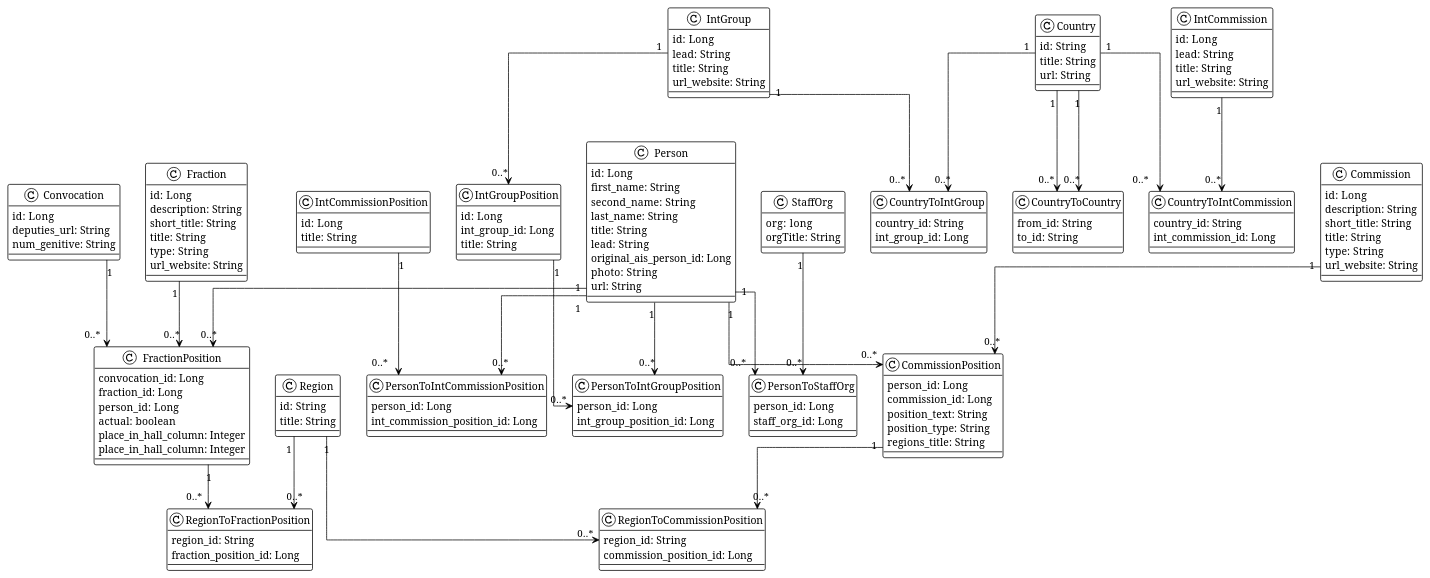
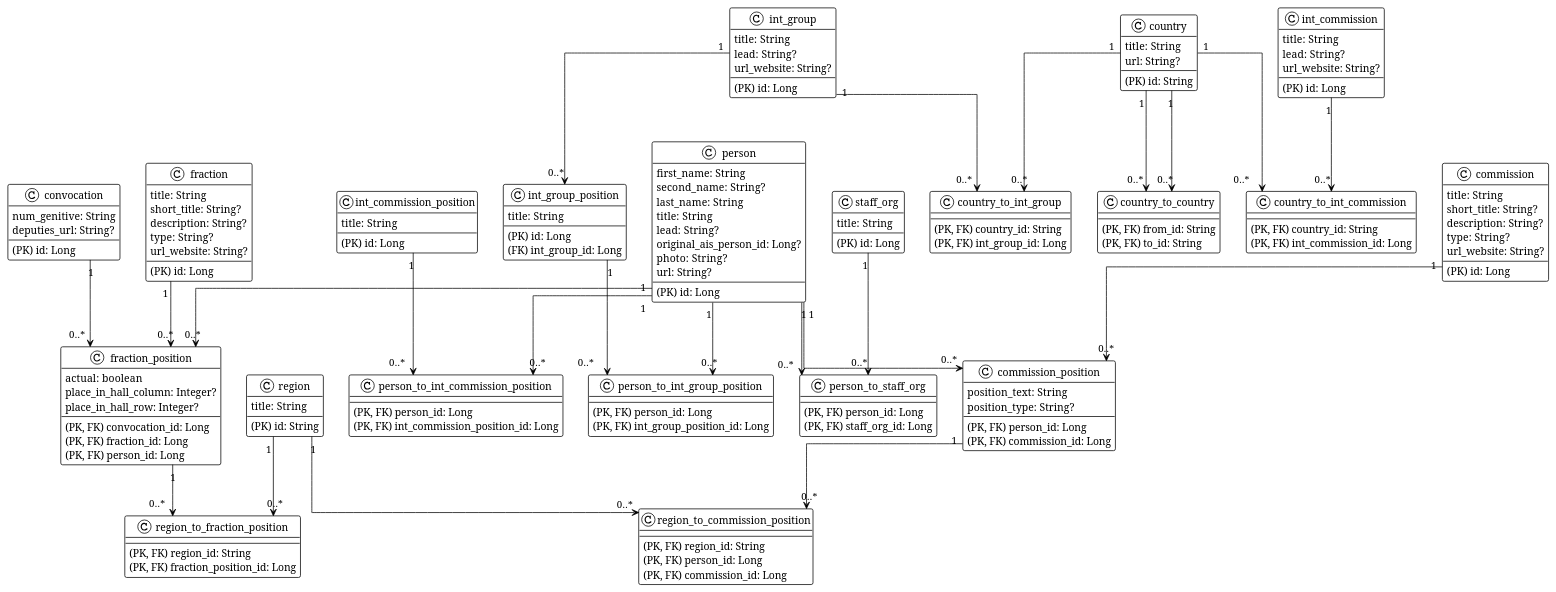
One commit to artemkaxboy/playground changed the diagram in gov/src/main/kotlin/com/artemkaxboy/playground/gov/dumagovru/entity/database.puml. Above: the diagram before and after it, drawn with PlantUML. The commit also changed 24 other files, not shown here.

```diff
--- a/gov/src/main/kotlin/com/artemkaxboy/playground/gov/dumagovru/entity/database.puml
+++ b/gov/src/main/kotlin/com/artemkaxboy/playground/gov/dumagovru/entity/database.puml
@@ -1,172 +1,175 @@
 @startuml
 !theme plain
 top to bottom direction
 skinparam linetype ortho
 
-class Person {
-   id:  Long
+class person {
+   (PK) id:  Long
    first_name:  String
-   second_name:  String
+   second_name:  String?
    last_name:  String
    title:  String
-   lead:  String
-   original_ais_person_id:  Long
-   photo:  String
-   url:  String
+   lead:  String?
+   original_ais_person_id:  Long?
+   photo:  String?
+   url:  String?
 }
 
-class Commission {
-   id:  Long
-   description:  String
-   short_title:  String
+class commission {
+   (PK) id:  Long
    title:  String
-   type:  String
-   url_website:  String
+   short_title:  String?
+   description:  String?
+   type:  String?
+   url_website:  String?
 }
 
-class CommissionPosition {
-   person_id:  Long
-   commission_id:  Long
+class commission_position {
+   (PK, FK) person_id:  Long
+   (PK, FK) commission_id:  Long
    position_text:  String
-   position_type:  String
-   regions_title:  String
+   position_type:  String?
 }
 
 'main .(delete cascade). secondary
-Person                "1" -[#000000,plain]-> "0..*"  CommissionPosition
-Commission            "1" -[#000000,plain]-> "0..*"  CommissionPosition
+person                "1" -[#000000,plain]-> "0..*"  commission_position
+commission            "1" -[#000000,plain]-> "0..*"  commission_position
 
-class Region {
-   id:  String
+class region {
+   (PK) id:  String
    title:  String
 }
 
-class RegionToCommissionPosition {
-    region_id:  String
-    commission_position_id:  Long
+class region_to_commission_position {
+   (PK, FK) region_id:  String
+   (PK, FK) person_id:  Long
+   (PK, FK) commission_id:  Long
 }
 
-'main .(delete cascade). secondary
-Region               "1" -[#000000,plain]-> "0..*"  RegionToCommissionPosition
-CommissionPosition   "1" -[#000000,plain]-> "0..*"  RegionToCommissionPosition
+region               "1" -[#000000,plain]-> "0..*"  region_to_commission_position
+commission_position  "1" -[#000000,plain]-> "0..*"  region_to_commission_position
 
-class Convocation {
-   id:  Long
-   deputies_url:  String
+class convocation {
+   (PK) id:  Long
    num_genitive:  String
-}
-class Fraction {
-   id:  Long
-   description:  String
-   short_title:  String
-   title:  String
-   type:  String
-   url_website:  String
-}
-class FractionPosition {
-   convocation_id:  Long
-   fraction_id:  Long
-   person_id:  Long
-   actual:  boolean
-   place_in_hall_column:  Integer
-   place_in_hall_column:  Integer
+   deputies_url:  String?
 }
 
-Convocation           "1" -[#000000,plain]-> "0..*"  FractionPosition
-Fraction              "1" -[#000000,plain]-> "0..*"  FractionPosition
-Person                "1" -[#000000,plain]-> "0..*"  FractionPosition
-
-class RegionToFractionPosition {
-    region_id:  String
-    fraction_position_id:  Long
+class fraction {
+   (PK) id:  Long
+   title:  String
+   short_title:  String?
+   description:  String?
+   type:  String?
+   url_website:  String?
 }
 
-Region               "1" -[#000000,plain]-> "0..*"  RegionToFractionPosition
-FractionPosition     "1" -[#000000,plain]-> "0..*"  RegionToFractionPosition
+class fraction_position {
+   (PK, FK) convocation_id:  Long
+   (PK, FK) fraction_id:  Long
+   (PK, FK) person_id:  Long
+   actual:  boolean
+   place_in_hall_column:  Integer?
+   place_in_hall_row:  Integer?
+}
 
-class Country {
-   id:  String
+convocation           "1" -[#000000,plain]-> "0..*"  fraction_position
+fraction              "1" -[#000000,plain]-> "0..*"  fraction_position
+person                "1" -[#000000,plain]-> "0..*"  fraction_position
+
+class region_to_fraction_position {
+    (PK, FK) region_id:  String
+    (PK, FK) fraction_position_id:  Long
+}
+
+region               "1" -[#000000,plain]-> "0..*"  region_to_fraction_position
+fraction_position    "1" -[#000000,plain]-> "0..*"  region_to_fraction_position
+
+class country {
+   (PK) id:  String
    title:  String
-   url:  String
+   url:  String?
 }
-class CountryToCountry {
-   from_id:  String
-   to_id:  String
+
+class country_to_country {
+   (PK, FK) from_id:  String
+   (PK, FK) to_id:  String
 }
 
 'from_id
-Country               "1" -[#000000,plain]-> "0..*"  CountryToCountry
+country               "1" -[#000000,plain]-> "0..*"  country_to_country
 'to_id
-Country               "1" -[#000000,plain]-> "0..*"  CountryToCountry
+country               "1" -[#000000,plain]-> "0..*"  country_to_country
 
-class IntCommission {
-   id:  Long
-   lead:  String
+class int_commission {
+   (PK) id:  Long
    title:  String
-   url_website:  String
+   lead:  String?
+   url_website:  String?
 }
 
-class CountryToIntCommission {
-   country_id:  String
-   int_commission_id:  Long
+class country_to_int_commission {
+   (PK, FK) country_id:  String
+   (PK, FK) int_commission_id:  Long
 }
 
-Country               "1" -[#000000,plain]-> "0..*"  CountryToIntCommission
-IntCommission         "1" -[#000000,plain]-> "0..*"  CountryToIntCommission
+country               "1" -[#000000,plain]-> "0..*"  country_to_int_commission
+int_commission        "1" -[#000000,plain]-> "0..*"  country_to_int_commission
 
-class IntCommissionPosition {
-   id:  Long
+class int_commission_position {
+   (PK) id:  Long
    title:  String
 }
-class PersonToIntCommissionPosition {
-   person_id:  Long
-   int_commission_position_id:  Long
+class person_to_int_commission_position {
+   (PK, FK) person_id:  Long
+   (PK, FK) int_commission_position_id:  Long
 }
 
-Person                "1" -[#000000,plain]-> "0..*"  PersonToIntCommissionPosition
-IntCommissionPosition "1" -[#000000,plain]-> "0..*"  PersonToIntCommissionPosition
+person                  "1" -[#000000,plain]-> "0..*"  person_to_int_commission_position
+int_commission_position "1" -[#000000,plain]-> "0..*"  person_to_int_commission_position
 
-class IntGroup {
-   id:  Long
-   lead:  String
+class int_group {
+   (PK) id:  Long
    title:  String
-   url_website:  String
-}
-class CountryToIntGroup {
-   country_id:  String
-   int_group_id:  Long
+   lead:  String?
+   url_website:  String?
 }
 
-Country               "1" -[#000000,plain]-> "0..*"  CountryToIntGroup
-IntGroup              "1" -[#000000,plain]-> "0..*"  CountryToIntGroup
+class country_to_int_group {
+   (PK, FK) country_id:  String
+   (PK, FK) int_group_id:  Long
+}
 
-class IntGroupPosition {
-   id:  Long
-   int_group_id:  Long
+country               "1" -[#000000,plain]-> "0..*"  country_to_int_group
+int_group             "1" -[#000000,plain]-> "0..*"  country_to_int_group
+
+class int_group_position {
+   (PK) id:  Long
+   (FK) int_group_id:  Long
    title:  String
 }
 
-IntGroup              "1" -[#000000,plain]-> "0..*"  IntGroupPosition
+int_group             "1" -[#000000,plain]-> "0..*"  int_group_position
 
-class PersonToIntGroupPosition {
-   person_id:  Long
-   int_group_position_id:  Long
+class person_to_int_group_position {
+   (PK, FK) person_id:  Long
+   (PK, FK) int_group_position_id:  Long
 }
 
-Person                "1" -[#000000,plain]-> "0..*"  PersonToIntGroupPosition
-IntGroupPosition      "1" -[#000000,plain]-> "0..*"  PersonToIntGroupPosition
+person                "1" -[#000000,plain]-> "0..*"  person_to_int_group_position
+int_group_position    "1" -[#000000,plain]-> "0..*"  person_to_int_group_position
 
-class StaffOrg {
-   org:  long
-   orgTitle:  String
+class staff_org {
+   (PK) id:  Long
+   title:  String
 }
 
-class PersonToStaffOrg {
-   person_id:  Long
-   staff_org_id:  Long
+class person_to_staff_org {
+   (PK, FK) person_id:  Long
+   (PK, FK) staff_org_id:  Long
 }
 
-Person                "1" -[#000000,plain]-> "0..*"  PersonToStaffOrg
-StaffOrg              "1" -[#000000,plain]-> "0..*"  PersonToStaffOrg
+person                "1" -[#000000,plain]-> "0..*"  person_to_staff_org
+staff_org             "1" -[#000000,plain]-> "0..*"  person_to_staff_org
 
 @enduml
```
